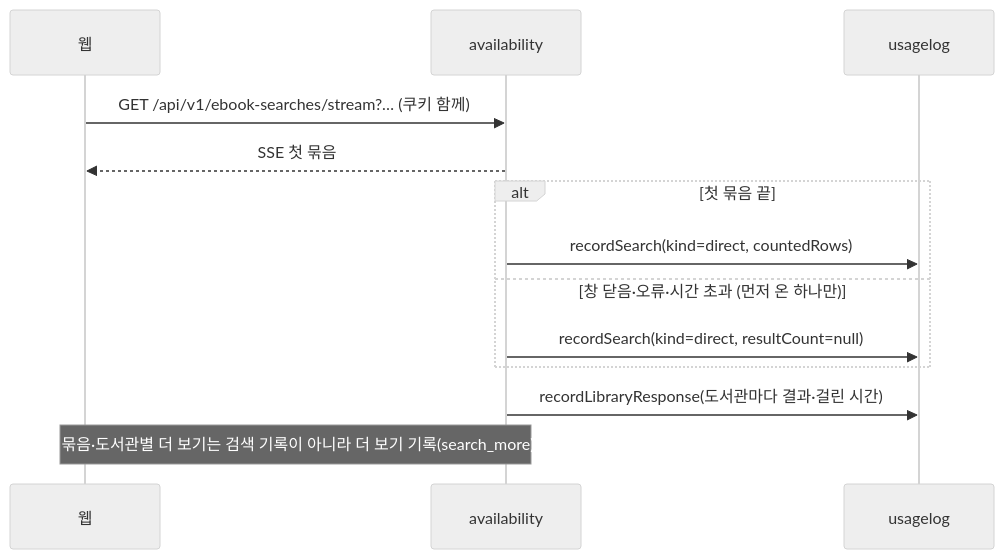
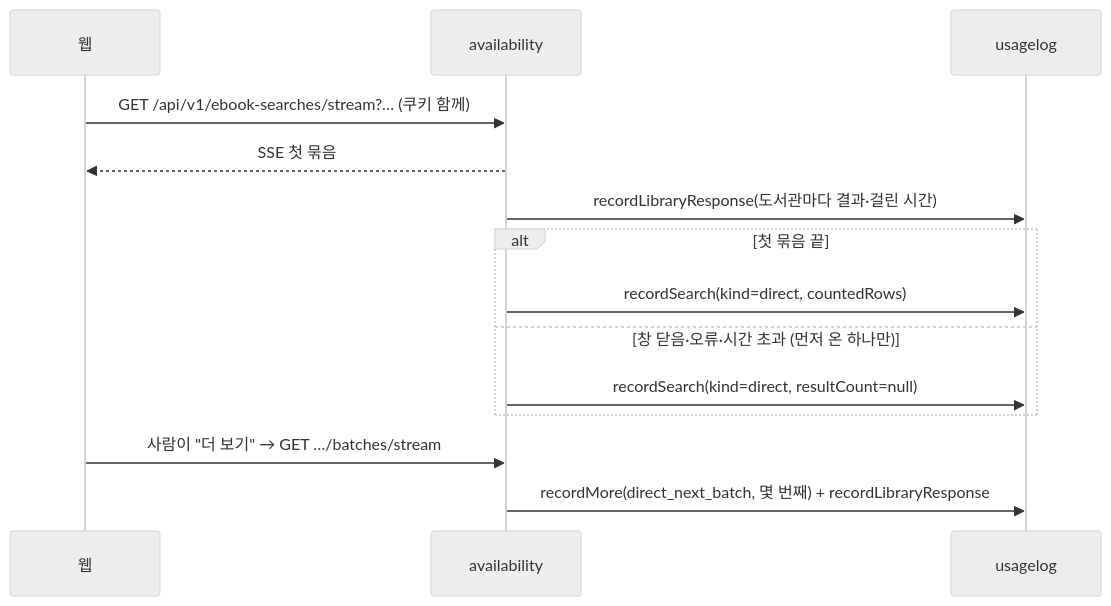
One commit to hodu-sketch/chaekcheck-plan changed the third of 7 diagrams in docs/cycles/15-usage-log/design-delta.md. Above: the diagram before and after it, drawn with Mermaid (neutral theme). The commit also changed other lines of this file and 16 other files, not shown here.

````diff
--- a/docs/cycles/15-usage-log/design-delta.md
+++ b/docs/cycles/15-usage-log/design-delta.md
@@ -49,15 +48,16 @@
 ```mermaid
 sequenceDiagram
   participant W as 웹
   participant A as availability
   participant U as usagelog
   W->>A: GET /api/v1/ebook-searches/stream?… (쿠키 함께)
   A-->>W: SSE 첫 묶음
+  A->>U: recordLibraryResponse(도서관마다 결과·걸린 시간)
   alt 첫 묶음 끝
     A->>U: recordSearch(kind=direct, countedRows)
   else 창 닫음·오류·시간 초과 (먼저 온 하나만)
     A->>U: recordSearch(kind=direct, resultCount=null)
   end
-  A->>U: recordLibraryResponse(도서관마다 결과·걸린 시간)
-  Note over W,A: 다음 묶음·도서관별 더 보기는 검색 기록이 아니라 더 보기 기록(search_more)으로
+  W->>A: 사람이 "더 보기" → GET …/batches/stream
+  A->>U: recordMore(direct_next_batch, 몇 번째) + recordLibraryResponse
 ```
````
